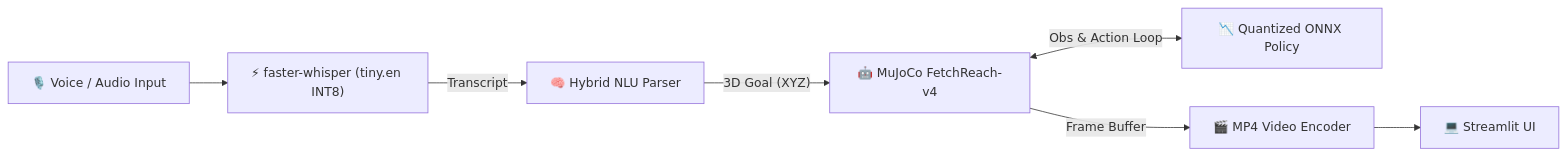
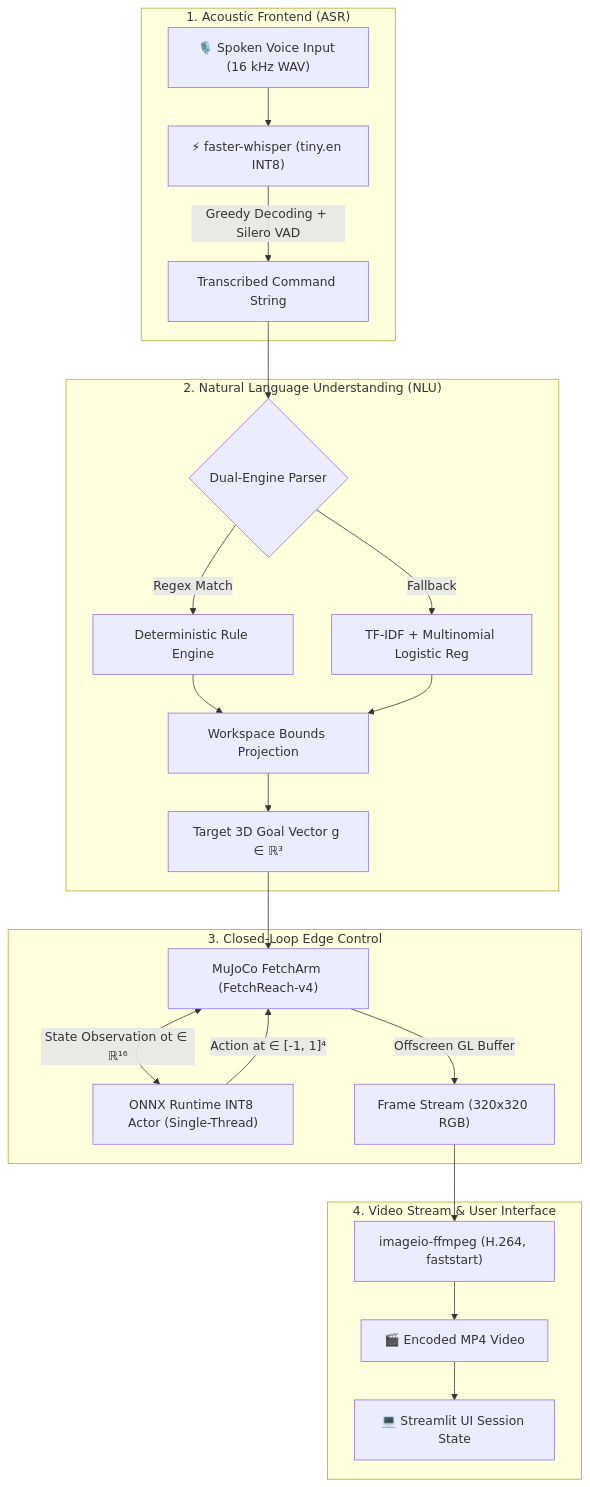
Before and after one commit to Saksham-19-cyber/voice-robot-arm-edge: the diagram in README.md, drawn with Mermaid. The commit also changed other lines of this file and 1 other file, not shown here.

Commit message:
docs: expand README into comprehensive showcase with equations, control theory, visualizations, and empirical tables

````diff
--- a/README.md
+++ b/README.md
@@ -51,9 +39,29 @@
 ```mermaid
-flowchart LR
-    A["🎙️ Voice / Audio Input"] --> B["⚡ faster-whisper (tiny.en INT8)"]
-    B -->|"Transcript"| C["🧠 Hybrid NLU Parser"]
-    C -->|"3D Goal (XYZ)"| D["🤖 MuJoCo FetchReach-v4"]
-    D <-->|"Obs & Action Loop"| E["📉 Quantized ONNX Policy"]
-    D -->|"Frame Buffer"| F["🎬 MP4 Video Encoder"]
-    F --> G["💻 Streamlit UI"]
+flowchart TD
+    subgraph Audio_FrontEnd["1. Acoustic Frontend (ASR)"]
+        A["🎙️ Spoken Voice Input (16 kHz WAV)"] --> B["⚡ faster-whisper (tiny.en INT8)"]
+        B -->|"Greedy Decoding + Silero VAD"| C["Transcribed Command String"]
+    end
+
+    subgraph Semantic_Parser["2. Natural Language Understanding (NLU)"]
+        C --> D{"Dual-Engine Parser"}
+        D -->|"Regex Match"| E["Deterministic Rule Engine"]
+        D -->|"Fallback"| F["TF-IDF + Multinomial Logistic Reg"]
+        E --> G["Workspace Bounds Projection"]
+        F --> G
+        G --> H["Target 3D Goal Vector g ∈ ℝ³"]
+    end
+
+    subgraph Policy_Inference["3. Closed-Loop Edge Control"]
+        H --> I["MuJoCo FetchArm (FetchReach-v4)"]
+        I <-->|"State Observation ot ∈ ℝ¹⁶"| J["ONNX Runtime INT8 Actor (Single-Thread)"]
+        J -->|"Action at ∈ [-1, 1]⁴"| I
+        I -->|"Offscreen GL Buffer"| K["Frame Stream (320x320 RGB)"]
+    end
+
+    subgraph Output_Encoding["4. Video Stream & User Interface"]
+        K --> L["imageio-ffmpeg (H.264, faststart)"]
+        L --> M["🎬 Encoded MP4 Video"]
+        M --> N["💻 Streamlit UI Session State"]
+    end
 ```
````
